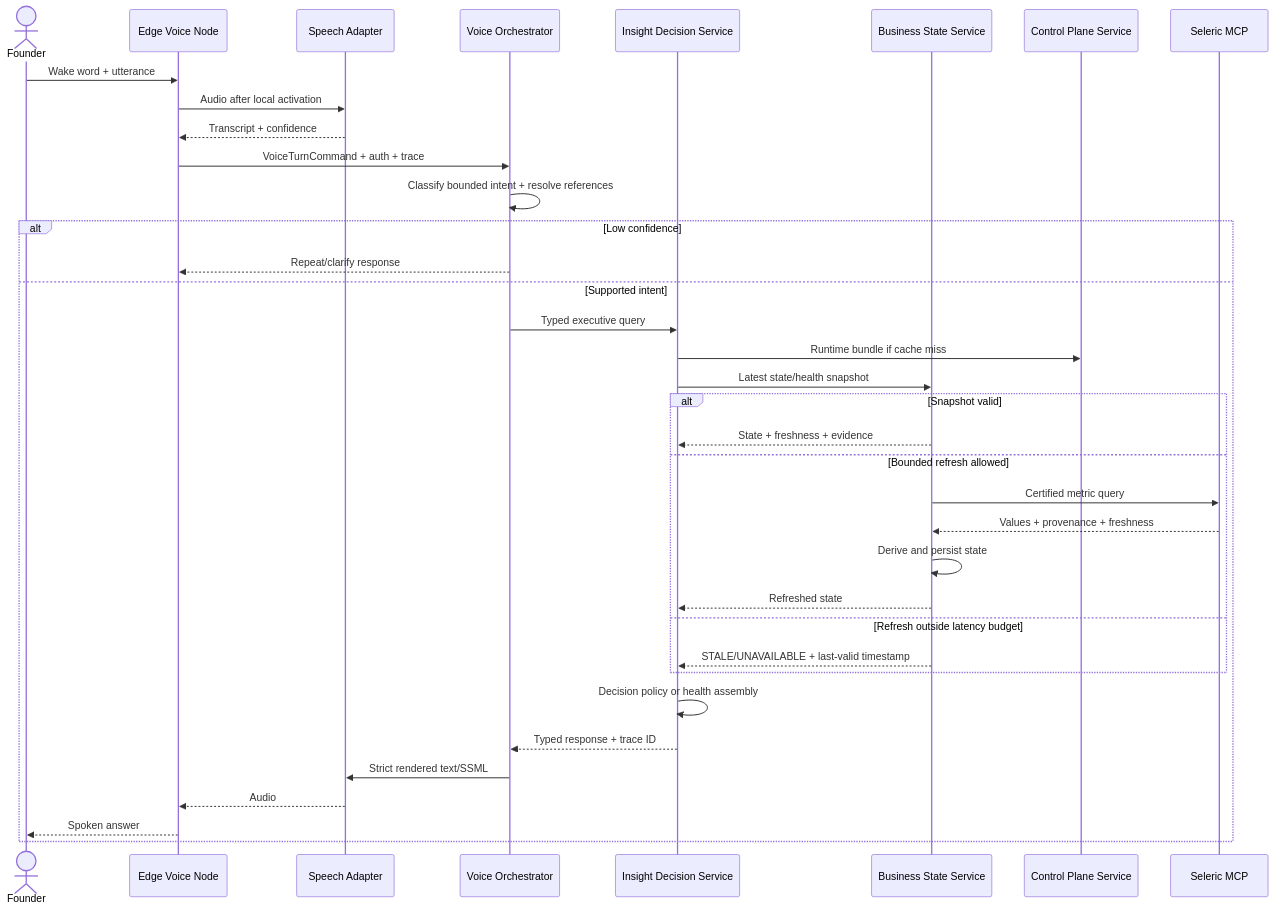
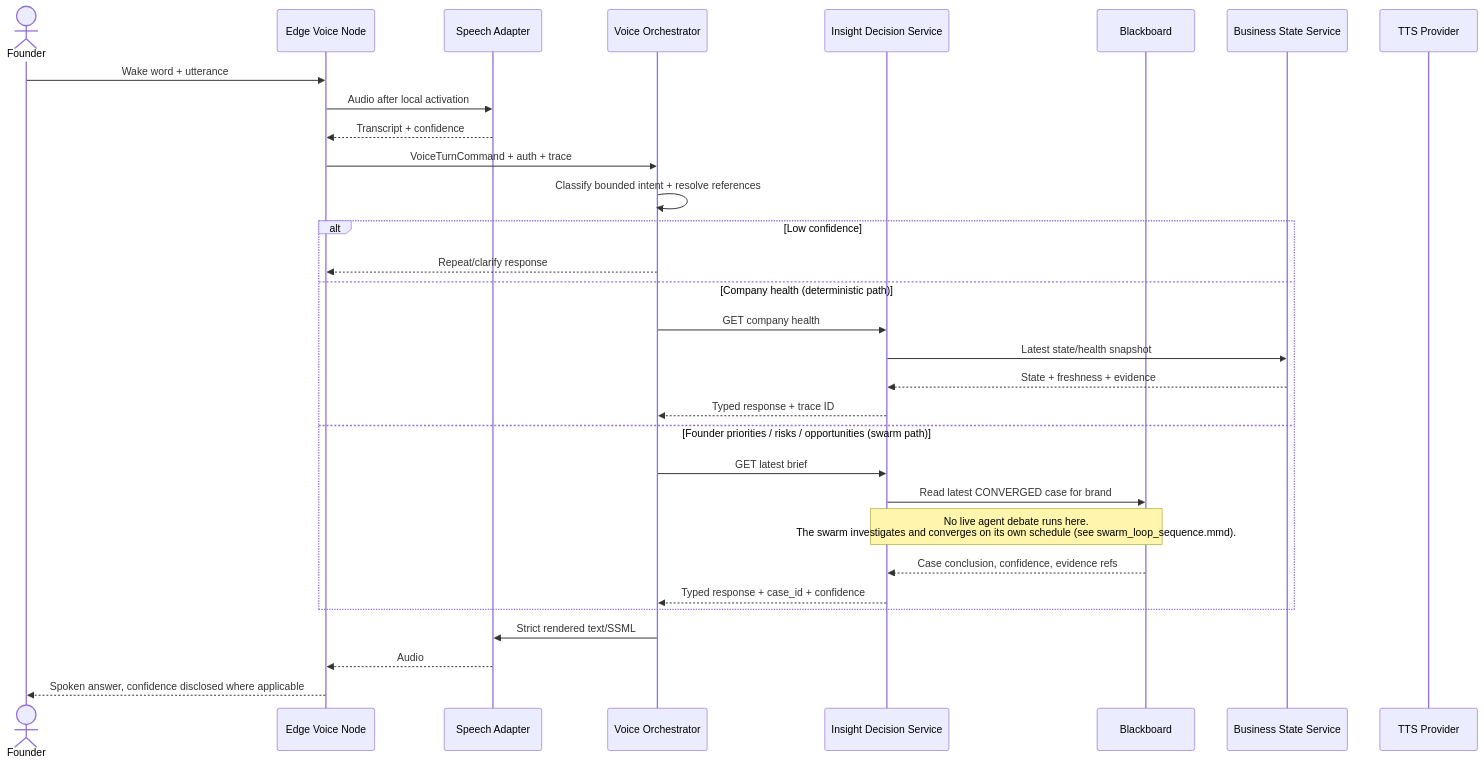
One commit to Tervigon-Collective/Seleric_Agent changed the diagram in diagrams/executive_query_sequence.mmd. Above: the diagram before and after it, drawn with Mermaid. The commit also changed 26 other files, not shown here.

```diff
--- a/diagrams/executive_query_sequence.mmd
+++ b/diagrams/executive_query_sequence.mmd
@@ -1,37 +1,32 @@
 sequenceDiagram
     actor Founder
     participant Edge as Edge Voice Node
     participant Speech as Speech Adapter
     participant Voice as Voice Orchestrator
     participant Insight as Insight Decision Service
+    participant BB as Blackboard
     participant State as Business State Service
-    participant Control as Control Plane Service
-    participant MCP as Seleric MCP
+    participant TTS as TTS Provider
 
     Founder->>Edge: Wake word + utterance
     Edge->>Speech: Audio after local activation
     Speech-->>Edge: Transcript + confidence
     Edge->>Voice: VoiceTurnCommand + auth + trace
     Voice->>Voice: Classify bounded intent + resolve references
     alt Low confidence
         Voice-->>Edge: Repeat/clarify response
-    else Supported intent
-        Voice->>Insight: Typed executive query
-        Insight->>Control: Runtime bundle if cache miss
+    else Company health (deterministic path)
+        Voice->>Insight: GET company health
         Insight->>State: Latest state/health snapshot
-        alt Snapshot valid
-            State-->>Insight: State + freshness + evidence
-        else Bounded refresh allowed
-            State->>MCP: Certified metric query
-            MCP-->>State: Values + provenance + freshness
-            State->>State: Derive and persist state
-            State-->>Insight: Refreshed state
-        else Refresh outside latency budget
-            State-->>Insight: STALE/UNAVAILABLE + last-valid timestamp
-        end
-        Insight->>Insight: Decision policy or health assembly
+        State-->>Insight: State + freshness + evidence
         Insight-->>Voice: Typed response + trace ID
-        Voice->>Speech: Strict rendered text/SSML
-        Speech-->>Edge: Audio
-        Edge-->>Founder: Spoken answer
+    else Founder priorities / risks / opportunities (swarm path)
+        Voice->>Insight: GET latest brief
+        Insight->>BB: Read latest CONVERGED case for brand
+        Note over Insight,BB: No live agent debate runs here.<br/>The swarm investigates and converges on its own schedule (see swarm_loop_sequence.mmd).
+        BB-->>Insight: Case conclusion, confidence, evidence refs
+        Insight-->>Voice: Typed response + case_id + confidence
     end
+    Voice->>Speech: Strict rendered text/SSML
+    Speech-->>Edge: Audio
+    Edge-->>Founder: Spoken answer, confidence disclosed where applicable
```
